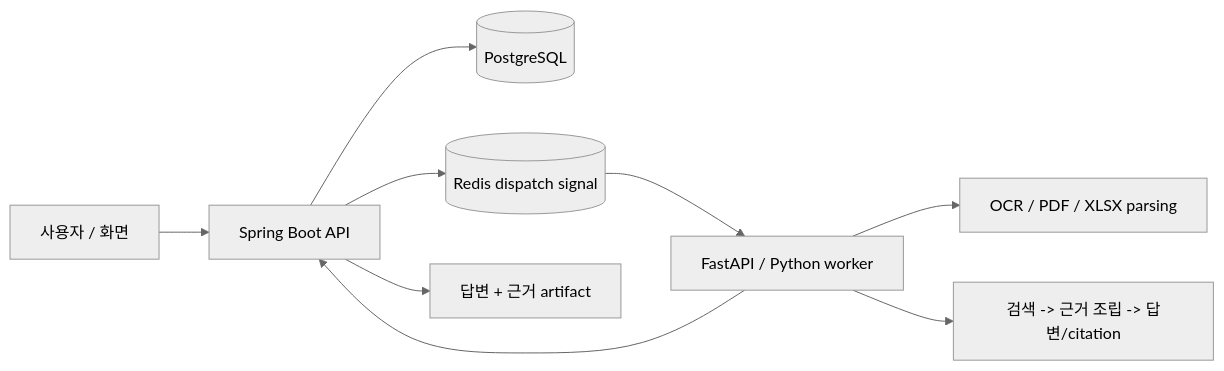
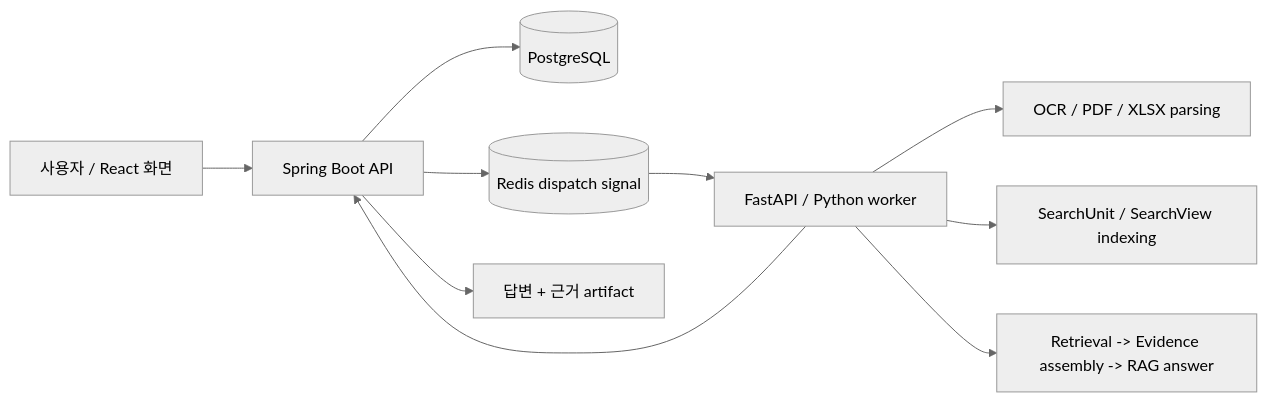
Before and after one commit to sfr9802/async-ai-document-pipeline-with-domain-rag: the diagram in README.md, drawn with Mermaid (neutral theme). The commit also changed other lines of this file, not shown here.

````diff
--- a/README.md
+++ b/README.md
@@ -87,11 +37,16 @@
 ```mermaid
 flowchart LR
-    Client["사용자 / 화면"] --> Core["Spring Boot API"]
+    Client["사용자 / React 화면"] --> Core["Spring Boot API"]
+
     Core --> DB[("PostgreSQL")]
     Core --> Redis[("Redis dispatch signal")]
+
     Redis --> Worker["FastAPI / Python worker"]
+
     Worker --> Parse["OCR / PDF / XLSX parsing"]
-    Worker --> RAG["검색 -> 근거 조립 -> 답변/citation"]
+    Worker --> Index["SearchUnit / SearchView indexing"]
+    Worker --> RAG["Retrieval -> Evidence assembly -> RAG answer"]
+
     Worker --> Core
     Core --> Result["답변 + 근거 artifact"]
 ```
````
